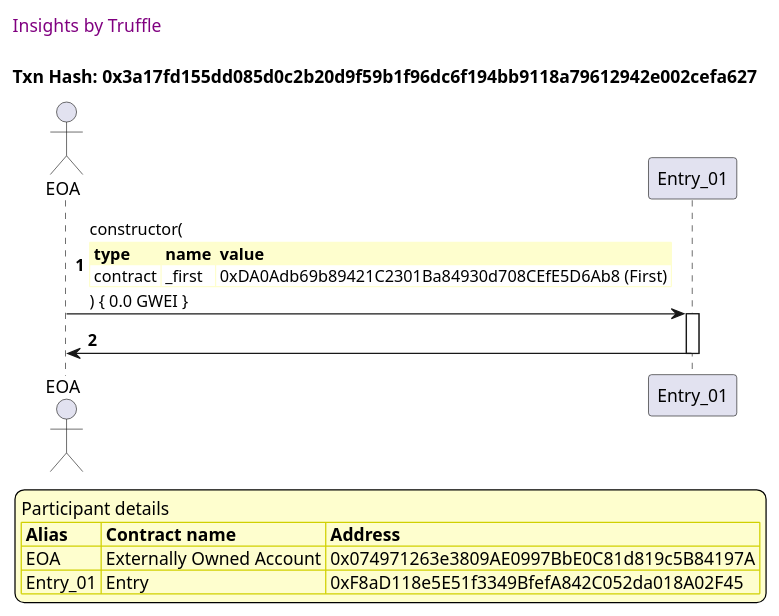
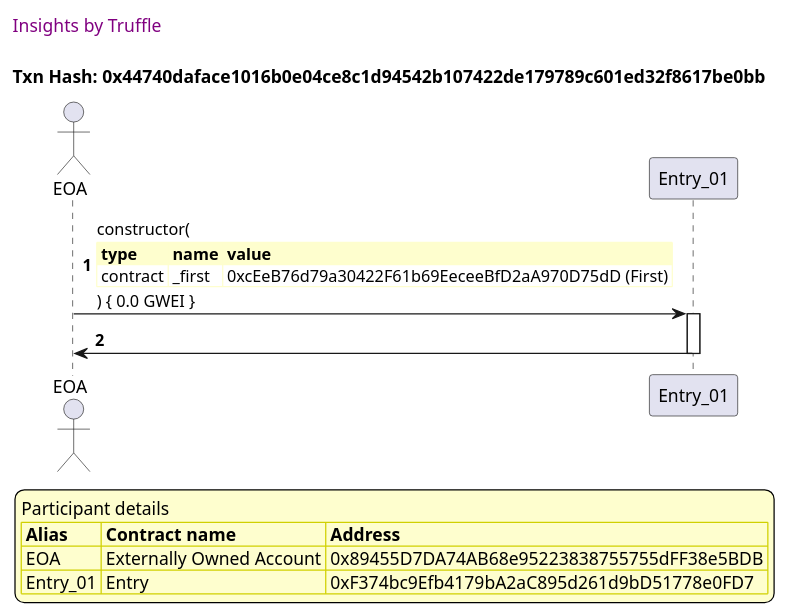
The third of 8 diagrams in truffle-seq/basics.md (trufflesuite/txlog-seedlings), drawn with PlantUML before and after one commit. The commit also changed other lines of this file and 8 other files, not shown here.

````diff
--- a/truffle-seq/basics.md
+++ b/truffle-seq/basics.md
@@ -102,40 +102,40 @@
 ```plantuml
 
 
 @startuml
 
 autonumber
 skinparam legendBackgroundColor #FEFECE
 
 <style>
       header {
         HorizontalAlignment left
         FontColor purple
         FontSize 14
         Padding 10
       }
     </style>
 
 header Insights by Truffle
 
-title Txn Hash: 0x3a17fd155dd085d0c2b20d9f59b1f96dc6f194bb9118a79612942e002cefa627
+title Txn Hash: 0x44740daface1016b0e04ce8c1d94542b107422de179789c601ed32f8617be0bb
 
 
 actor EOA as "EOA"
 participant Entry_01 as "Entry_01"
 
 "EOA" -> "Entry_01" ++: constructor(\n\
 <#FEFECE,#FEFECE>|= type |= name |= value |\n\
-| contract | _first | 0xDA0Adb69b89421C2301Ba84930d708CEfE5D6Ab8 (First) |\n\
+| contract | _first | 0xcEeB76d79a30422F61b69EeceeBfD2aA970D75dD (First) |\n\
 ) { 0.0 GWEI }
 "Entry_01" -> "EOA" --: 
 
 legend
 Participant details
 <#FEFECE,#D0D000>|= Alias |= Contract name |= Address |
-<#FEFECE>| EOA | Externally Owned Account | 0x074971263e3809AE0997BbE0C81d819c5B84197A |
-<#FEFECE>| Entry_01 | Entry | 0xF8aD118e5E51f3349BfefA842C052da018A02F45 |
+<#FEFECE>| EOA | Externally Owned Account | 0x89455D7DA74AB68e95223838755755dFF38e5BDB |
+<#FEFECE>| Entry_01 | Entry | 0xF374bc9Efb4179bA2aC895d261d9bD51778e0FD7 |
 endlegend
 
 @enduml
 ```
````
